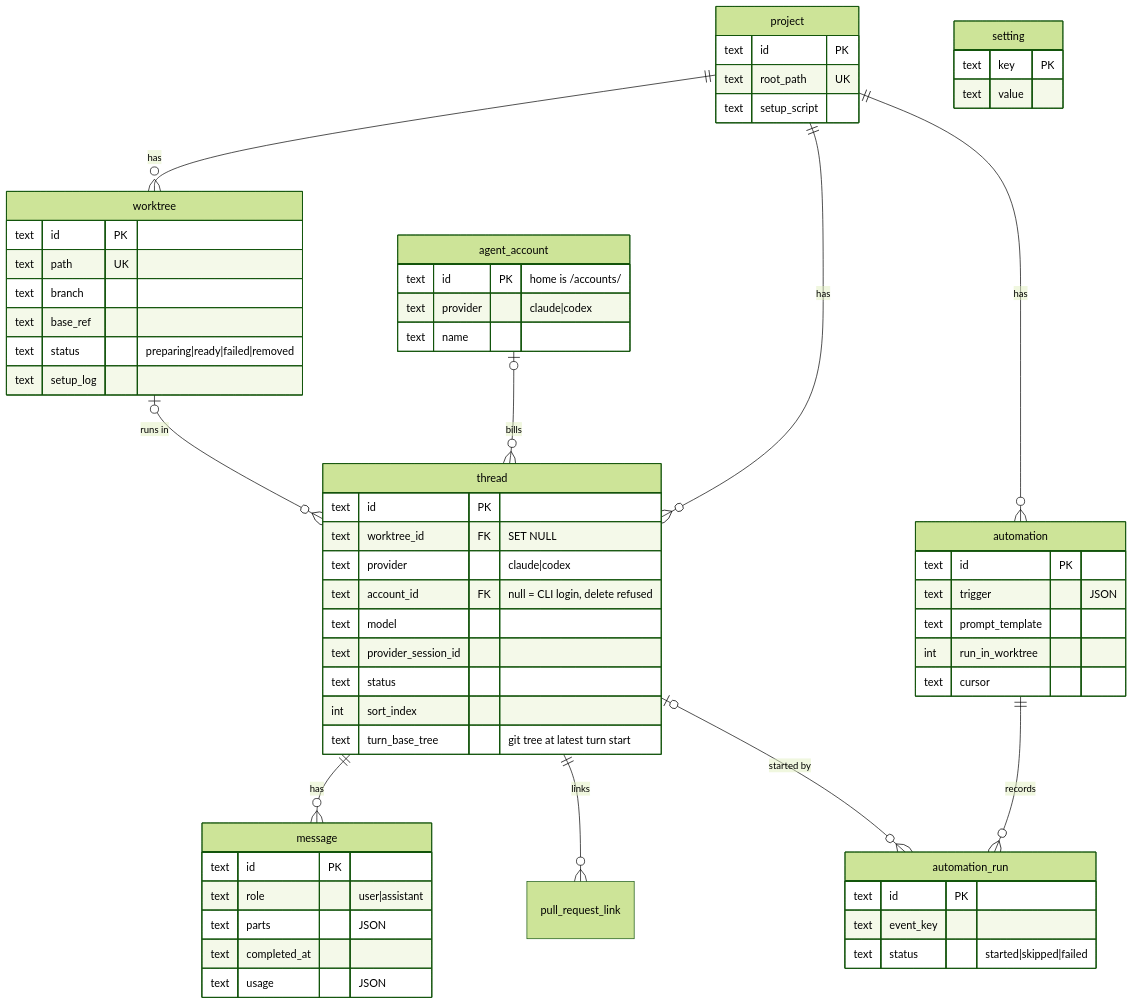
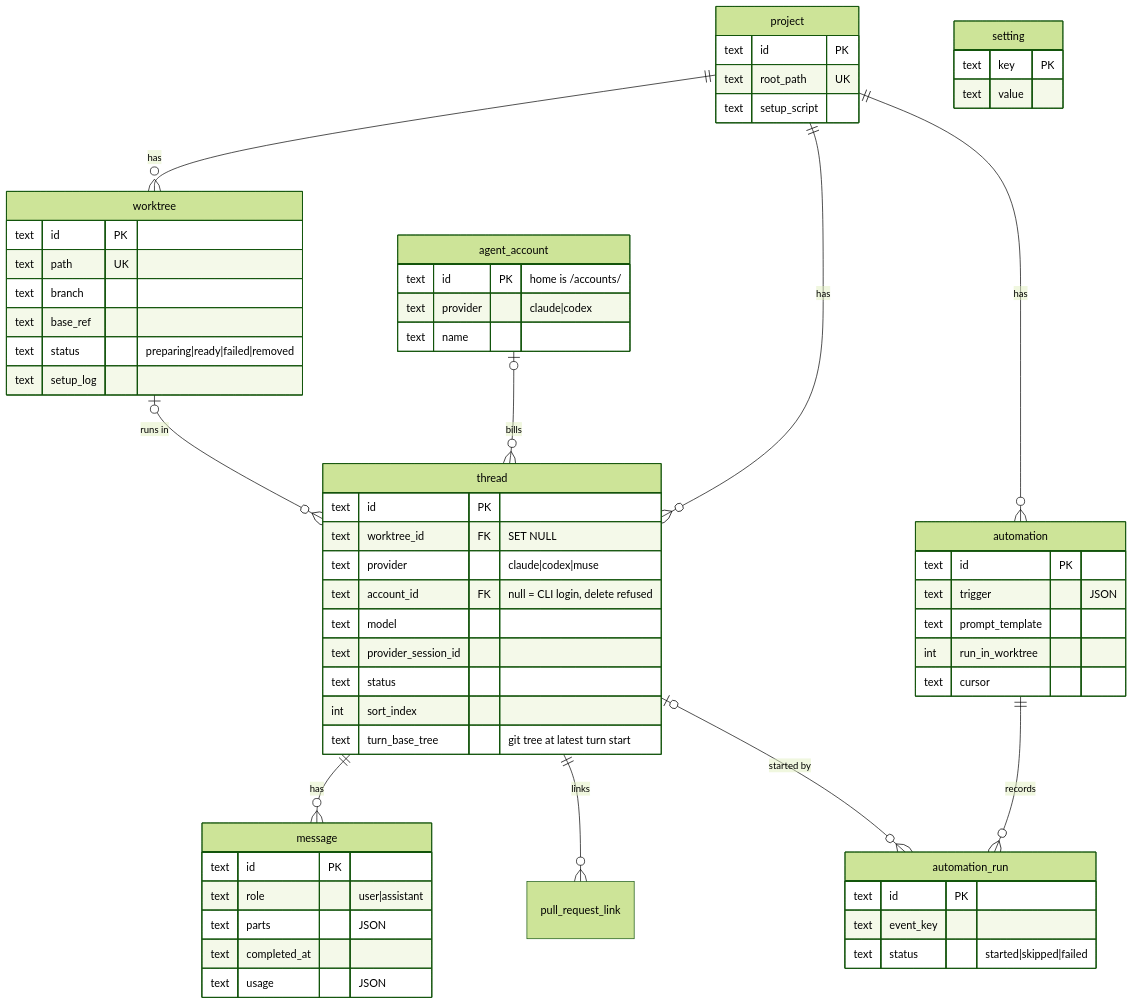
Before and after one commit to hinadev-ai/hinacode: diagram 11 of 16 in docs/arch.md, drawn with Mermaid (forest theme). The commit also changed other lines of this file and 5 other files, not shown here.

````diff
--- a/docs/arch.md
+++ b/docs/arch.md
@@ -281,65 +294,65 @@
 ```mermaid
 erDiagram
   project ||--o{ worktree : has
   project ||--o{ thread : has
   project ||--o{ automation : has
   worktree |o--o{ thread : "runs in"
   thread ||--o{ message : has
   thread ||--o{ pull_request_link : links
   automation ||--o{ automation_run : records
   thread |o--o{ automation_run : "started by"
   agent_account |o--o{ thread : "bills"
 
   project {
     text id PK
     text root_path UK
     text setup_script
   }
   worktree {
     text id PK
     text path UK
     text branch
     text base_ref
     text status "preparing|ready|failed|removed"
     text setup_log
   }
   thread {
     text id PK
     text worktree_id FK "SET NULL"
-    text provider "claude|codex"
+    text provider "claude|codex|muse"
     text account_id FK "null = CLI login, delete refused"
     text model
     text provider_session_id
     text status
     int sort_index
     text turn_base_tree "git tree at latest turn start"
   }
   message {
     text id PK
     text role "user|assistant"
     text parts "JSON"
     text completed_at
     text usage "JSON"
   }
   automation {
     text id PK
     text trigger "JSON"
     text prompt_template
     int run_in_worktree
     text cursor
   }
   automation_run {
     text id PK
     text event_key
     text status "started|skipped|failed"
   }
   setting {
     text key PK
     text value
   }
   agent_account {
     text id PK "home is <userData>/accounts/<id>"
     text provider "claude|codex"
     text name
   }
 ```
````
